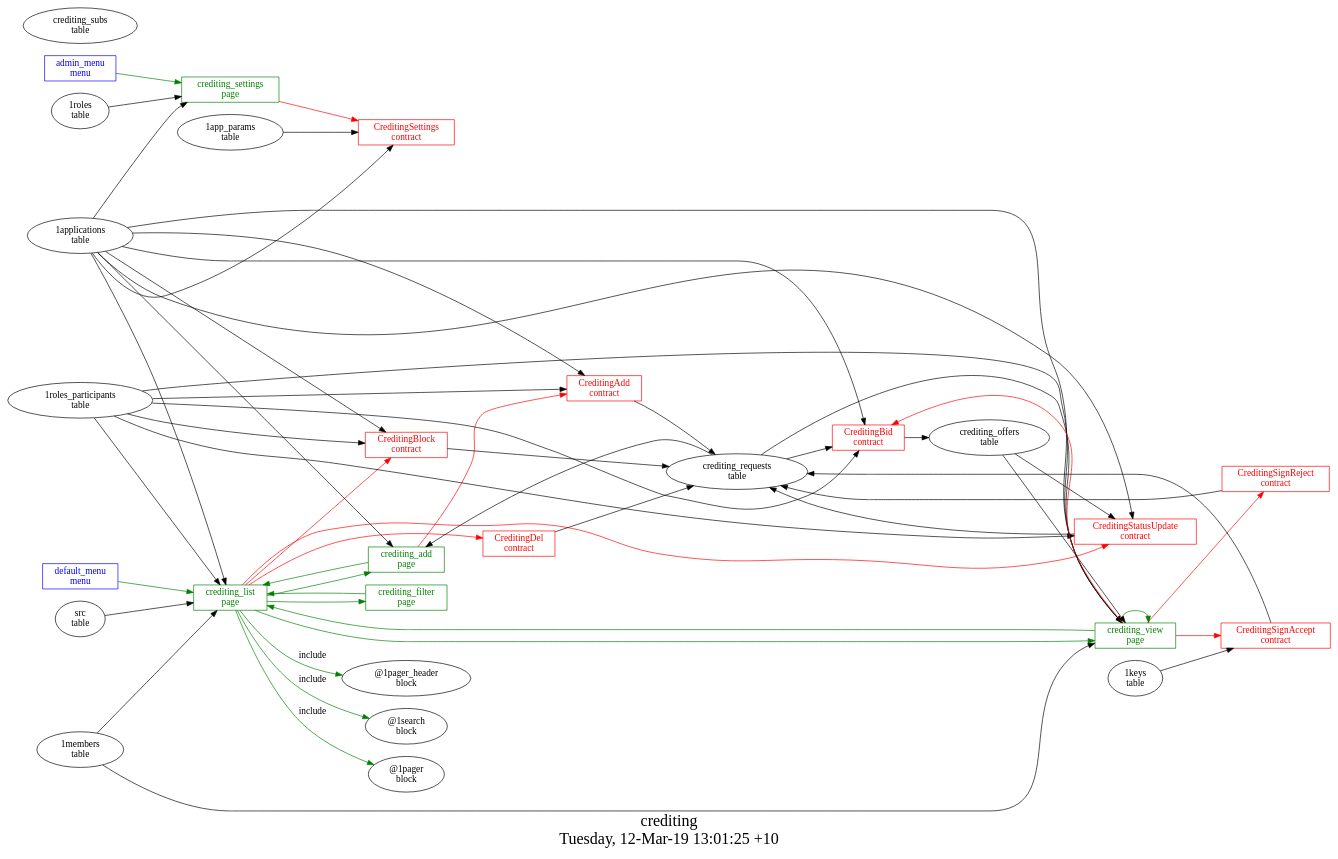
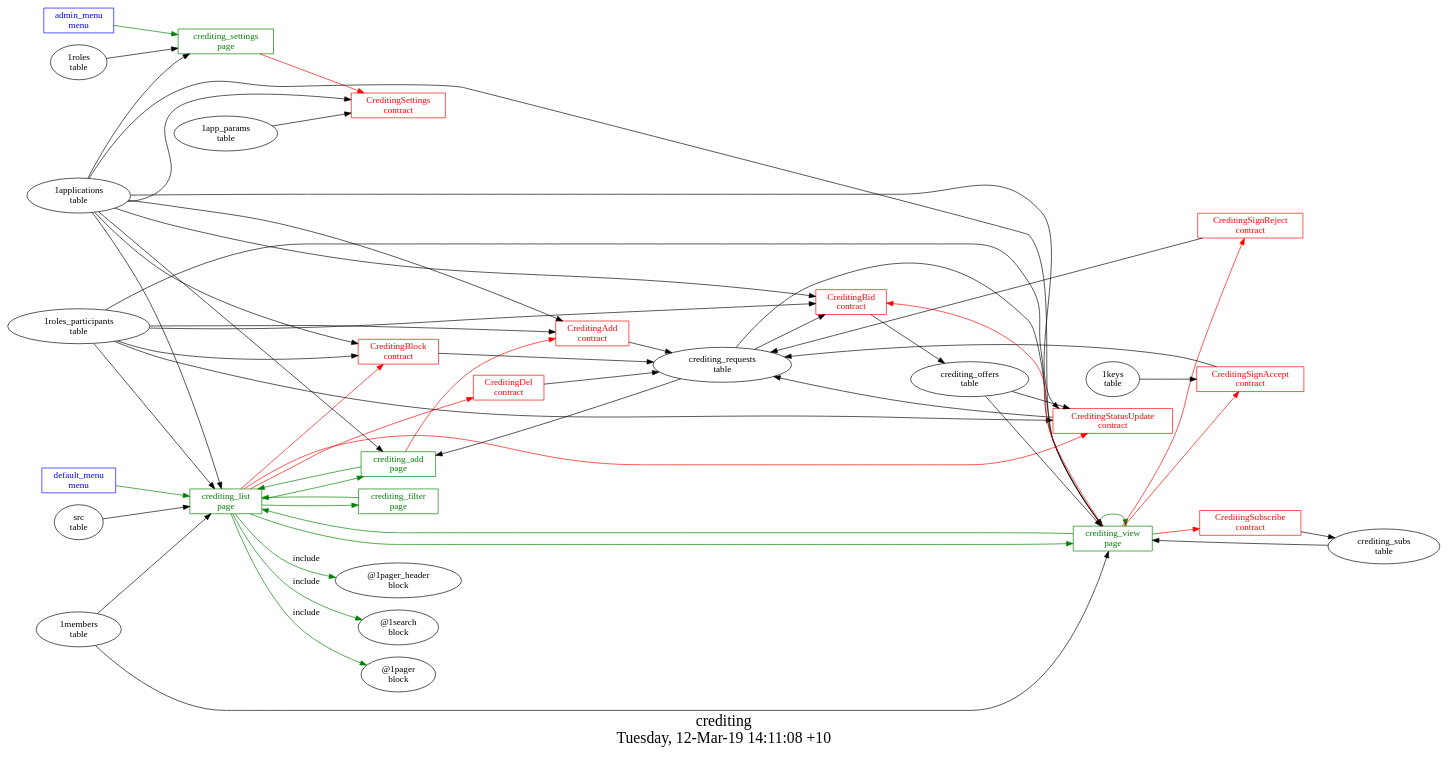
One commit to AplaProject/apps changed the diagram in ecosystem_apps/сrediting/struct.dot. Above: the diagram before and after it, drawn with Graphviz. The commit also changed 10 other files, not shown here.

```diff
--- a/ecosystem_apps/сrediting/struct.dot
+++ b/ecosystem_apps/сrediting/struct.dot
@@ -1,79 +1,83 @@
 digraph G {
 fontsize="24";
-label="сrediting\nTuesday, 12-Mar-19 13:01:25 +10";
+label="сrediting\nTuesday, 12-Mar-19 14:11:08 +10";
 nojustify=true;
 ordering=out;
 rankdir=LR;
 size="30";
 "admin_menu\nmenu" -> "crediting_settings\npage"  [ color=green ]
 "admin_menu\nmenu" [color=blue, fontcolor=blue, group=menus, shape=record];
 "default_menu\nmenu" -> "crediting_list\npage"  [ color=green ]
 "default_menu\nmenu" [color=blue, fontcolor=blue, group=menus, shape=record];
 "crediting_add\npage" -> "CreditingAdd\ncontract"  [ color=red ]
 "1applications\ntable" -> "crediting_add\npage"
 "crediting_requests\ntable" -> "crediting_add\npage"
 "crediting_add\npage" -> "crediting_list\npage"  [ color=green ]
 "crediting_add\npage" [color=green, fontcolor=green, group=pages, shape=record];
 "crediting_filter\npage" -> "crediting_list\npage"  [ color=green ]
 "crediting_filter\npage" [color=green, fontcolor=green, group=pages, shape=record];
 "crediting_list\npage" -> "CreditingStatusUpdate\ncontract"  [ color=red ]
 "crediting_list\npage" -> "CreditingDel\ncontract"  [ color=red ]
 "crediting_list\npage" -> "CreditingBlock\ncontract"  [ color=red ]
 "1applications\ntable" -> "crediting_list\npage"
 "1roles_participants\ntable" -> "crediting_list\npage"
 "src\ntable" -> "crediting_list\npage"
 "1members\ntable" -> "crediting_list\npage"
 "crediting_list\npage" -> "crediting_add\npage"  [ color=green ]
 "crediting_list\npage" -> "crediting_filter\npage"  [ color=green ]
 "crediting_list\npage" -> "crediting_view\npage"  [ color=green ]
 "crediting_list\npage" -> "@1pager_header\nblock"  [ color=green, label=include ]
 "crediting_list\npage" -> "@1search\nblock"  [ color=green, label=include ]
 "crediting_list\npage" -> "@1pager\nblock"  [ color=green, label=include ]
 "crediting_list\npage" [color=green, fontcolor=green, group=pages, shape=record];
 "crediting_settings\npage" -> "CreditingSettings\ncontract"  [ color=red ]
 "1applications\ntable" -> "crediting_settings\npage"
 "1roles\ntable" -> "crediting_settings\npage"
 "crediting_settings\npage" [color=green, fontcolor=green, group=pages, shape=record];
 "crediting_view\npage" -> "CreditingBid\ncontract"  [ color=red ]
 "crediting_view\npage" -> "CreditingSignReject\ncontract"  [ color=red ]
 "crediting_view\npage" -> "CreditingSignAccept\ncontract"  [ color=red ]
+"crediting_view\npage" -> "CreditingSubscribe\ncontract"  [ color=red ]
 "1applications\ntable" -> "crediting_view\npage"
+"1roles_participants\ntable" -> "crediting_view\npage"
 "crediting_requests\ntable" -> "crediting_view\npage"
 "1members\ntable" -> "crediting_view\npage"
 "crediting_offers\ntable" -> "crediting_view\npage"
-"1roles_participants\ntable" -> "crediting_view\npage"
+"crediting_subs\ntable" -> "crediting_view\npage"
 "crediting_view\npage" -> "crediting_view\npage"  [ color=green ]
 "crediting_view\npage" -> "crediting_list\npage"  [ color=green ]
 "crediting_view\npage" [color=green, fontcolor=green, group=pages, shape=record];
 "CreditingAdd\ncontract" -> "crediting_requests\ntable"  [ color="" ]
 "1applications\ntable" -> "CreditingAdd\ncontract"
 "1roles_participants\ntable" -> "CreditingAdd\ncontract"
 "CreditingAdd\ncontract" [color=red, fontcolor=red, group=contracts, shape=record];
 "CreditingBid\ncontract" -> "crediting_offers\ntable"  [ color="" ]
 "1applications\ntable" -> "CreditingBid\ncontract"
 "1roles_participants\ntable" -> "CreditingBid\ncontract"
 "crediting_requests\ntable" -> "CreditingBid\ncontract"
 "CreditingBid\ncontract" [color=red, fontcolor=red, group=contracts, shape=record];
 "CreditingBlock\ncontract" -> "crediting_requests\ntable"  [ color="" ]
 "1applications\ntable" -> "CreditingBlock\ncontract"
 "1roles_participants\ntable" -> "CreditingBlock\ncontract"
 "CreditingBlock\ncontract" [color=red, fontcolor=red, group=contracts, shape=record];
 "CreditingDel\ncontract" -> "crediting_requests\ntable"  [ color="" ]
 "CreditingDel\ncontract" [color=red, fontcolor=red, group=contracts, shape=record];
 "1app_params\ntable" -> "CreditingSettings\ncontract"
 "1applications\ntable" -> "CreditingSettings\ncontract"
 "CreditingSettings\ncontract" [color=red, fontcolor=red, group=contracts, shape=record];
 "CreditingSignAccept\ncontract" -> "crediting_requests\ntable"  [ color="" ]
 "1keys\ntable" -> "CreditingSignAccept\ncontract"
 "CreditingSignAccept\ncontract" [color=red, fontcolor=red, group=contracts, shape=record];
 "CreditingSignReject\ncontract" -> "crediting_requests\ntable"  [ color="" ]
 "CreditingSignReject\ncontract" [color=red, fontcolor=red, group=contracts, shape=record];
 "CreditingStatusUpdate\ncontract" -> "crediting_requests\ntable"  [ color="" ]
 "crediting_offers\ntable" -> "CreditingStatusUpdate\ncontract"
 "1applications\ntable" -> "CreditingStatusUpdate\ncontract"
 "1roles_participants\ntable" -> "CreditingStatusUpdate\ncontract"
 "CreditingStatusUpdate\ncontract" [color=red, fontcolor=red, group=contracts, shape=record];
+"CreditingSubscribe\ncontract" -> "crediting_subs\ntable"  [ color="" ]
+"CreditingSubscribe\ncontract" [color=red, fontcolor=red, group=contracts, shape=record];
 "crediting_offers\ntable" [color="", fontcolor="", group=tables, shape=""];
 "crediting_requests\ntable" [color="", fontcolor="", group=tables, shape=""];
 "crediting_subs\ntable" [color="", fontcolor="", group=tables, shape=""];
 }
```
